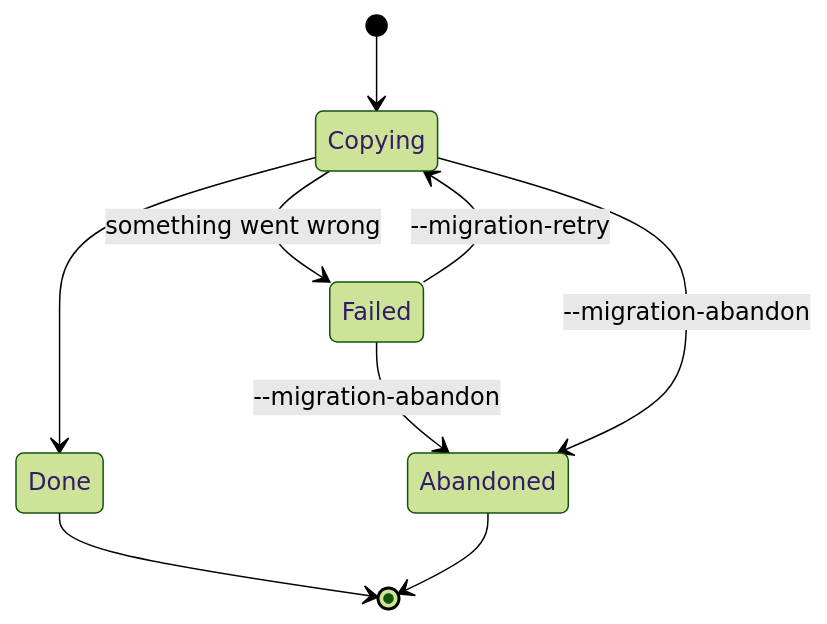
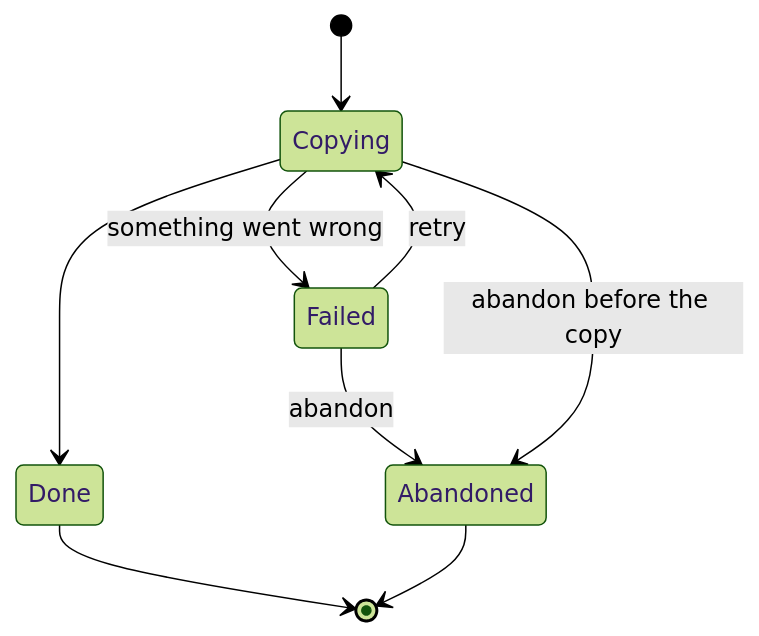
One commit to Particular/ServiceControl changed the second of 5 diagrams in docs/migration/ravendb-to-sql-migration-overview.md. Above: the diagram before and after it, drawn with Mermaid (forest theme). The commit also changed other lines of this file and 148 other files, not shown here.

````diff
--- a/docs/migration/ravendb-to-sql-migration-overview.md
+++ b/docs/migration/ravendb-to-sql-migration-overview.md
@@ -46,11 +48,11 @@
 ```mermaid
 stateDiagram-v2
     [*] --> Copying
     Copying --> Done
     Copying --> Failed: something went wrong
-    Failed --> Copying: --migration-retry
-    Failed --> Abandoned: --migration-abandon
-    Copying --> Abandoned: --migration-abandon
+    Failed --> Copying: retry
+    Failed --> Abandoned: abandon
+    Copying --> Abandoned: abandon before the copy
     Done --> [*]
     Abandoned --> [*]
 ```
````
